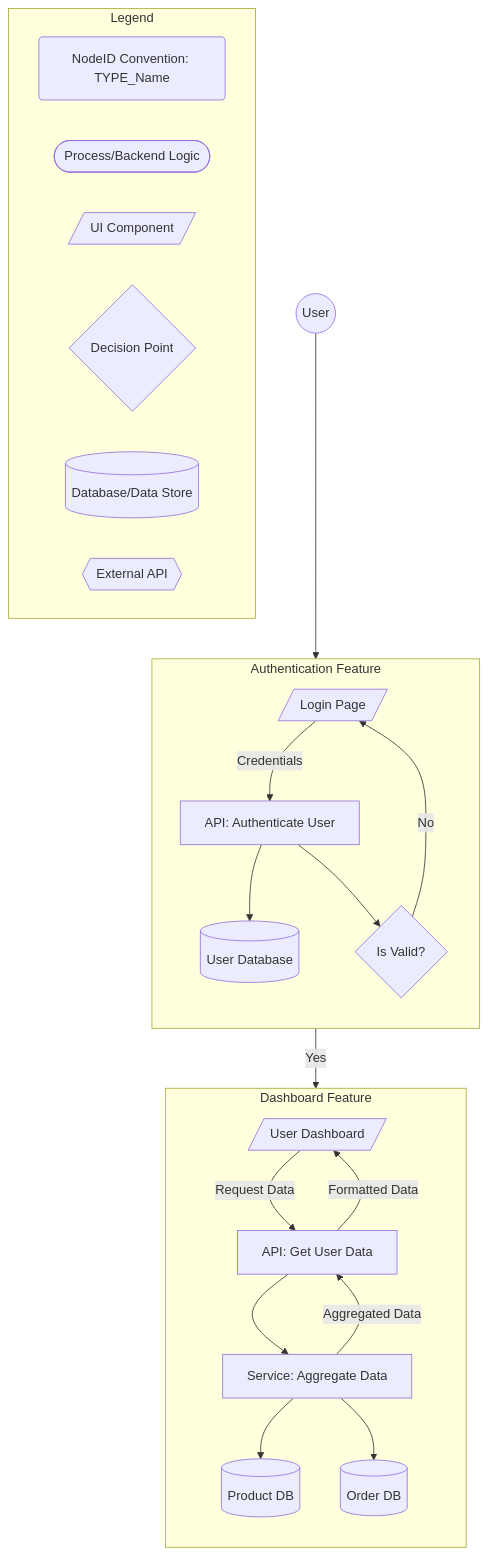
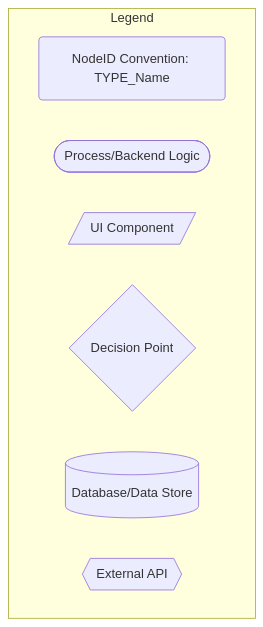
One commit to marcosbondrpc/Kid0 changed the diagram in .0kid/kid_architecture.md. Above: the diagram before and after it, drawn with Mermaid. The commit also changed 16 other files, not shown here.

````diff
--- a/.0kid/kid_architecture.md
+++ b/.0kid/kid_architecture.md
@@ -7,41 +7,17 @@
 ```mermaid
 graph TD
     %% =================================================================
     %%  Legend - Defines the shapes and conventions used in this diagram
     %% =================================================================
     subgraph Legend
         direction LR
         L_IDConv(NodeID Convention: TYPE_Name)
         L_Proc([Process/Backend Logic])
         L_UI[/UI Component/]
         L_Decision{Decision Point}
         L_DB[(Database/Data Store)]
         L_ExtAPI{{External API}}
     end
 
-    %% =================================================================
-    %%  High-Level Application Flow
-    %%  This is a placeholder. Replace with your project's actual architecture.
-    %% =================================================================
-    User((User)) --> UI_LoginPage[/Login Page/]
-
-    subgraph "Authentication Feature"
-        direction TB
-        UI_LoginPage -- Credentials --> API_Auth[API: Authenticate User]
-        API_Auth --> DB_Users[(User Database)]
-        API_Auth --> Auth_Decision{Is Valid?}
-    end
-
-    Auth_Decision -- Yes --> UI_Dashboard[/User Dashboard/]
-    Auth_Decision -- No --> UI_LoginPage
-
-    subgraph "Dashboard Feature"
-        direction TB
-        UI_Dashboard -- Request Data --> API_GetData[API: Get User Data]
-        API_GetData --> SVC_DataAggregator[Service: Aggregate Data]
-        SVC_DataAggregator --> DB_Products[(Product DB)]
-        SVC_DataAggregator --> DB_Orders[(Order DB)]
-        SVC_DataAggregator -- Aggregated Data --> API_GetData
-        API_GetData -- Formatted Data --> UI_Dashboard
-    end
+    %% Example section removed. Project-specific diagrams are generated per project.
 ```
````
